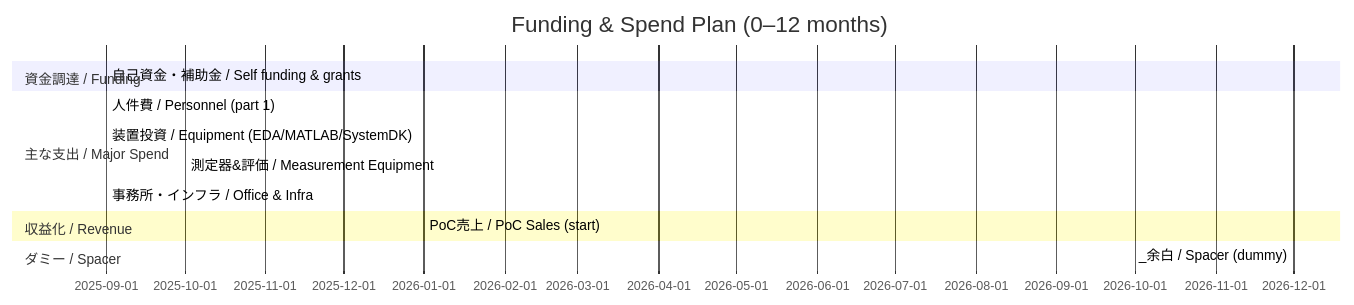
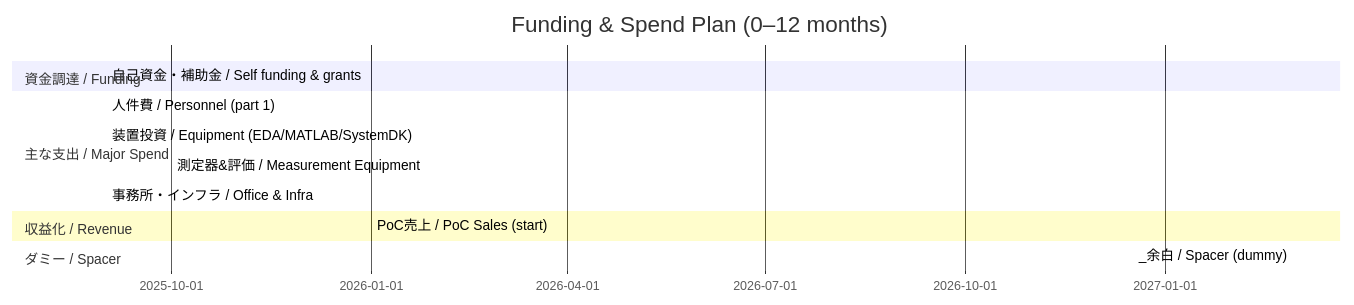
Before and after one commit to Samizo-AITL/AITL-Strategy-Proposal: the sixth of 8 diagrams in AITL_Strategy_Proposal_Draft_v4_1.md, drawn with Mermaid. The commit also changed other lines of this file, not shown here.

````diff
--- a/AITL_Strategy_Proposal_Draft_v4_1.md
+++ b/AITL_Strategy_Proposal_Draft_v4_1.md
@@ -380,20 +380,20 @@
 ```mermaid
 gantt
     title Funding & Spend Plan (0–12 months)
     dateFormat  YYYY-MM
 
     section 資金調達 / Funding
     自己資金・補助金 / Self funding & grants        :done, f1a, 2025-09, 6mo
 
     section 主な支出 / Major Spend
     人件費 / Personnel (part 1)                     :crit, s1a, 2025-09, 12mo
     装置投資 / Equipment (EDA/MATLAB/SystemDK)      :s2a, 2025-09, 12mo
     測定器&評価 / Measurement Equipment             :s3a, 2025-10, 10mo
     事務所・インフラ / Office & Infra               :s4a, 2025-09, 12mo
 
     section 収益化 / Revenue
-    PoC売上 / PoC Sales (start)                     :r1a, 2026-01, 8mo  %% ends 2026-09
+    PoC売上 / PoC Sales (start)                     :r1a, 2026-01, 8mo
 
     section ダミー / Spacer
-    _余白 / Spacer (dummy)                           :spA, 2026-12, 2mo
+    _余白 / Spacer (dummy)                           :spA, 2027-03, 6mo
 ```
````
